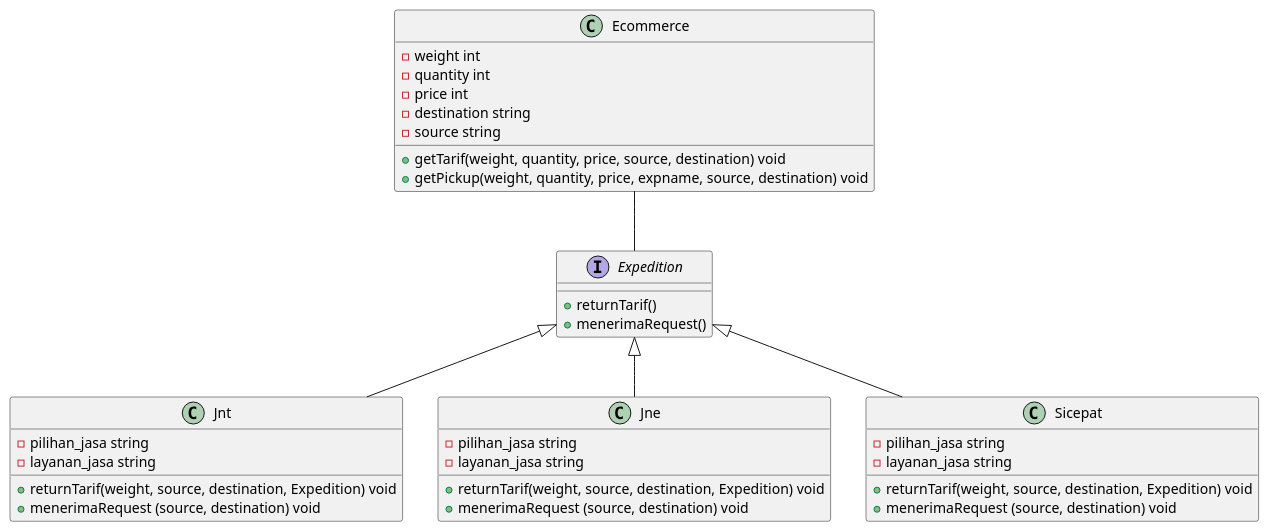
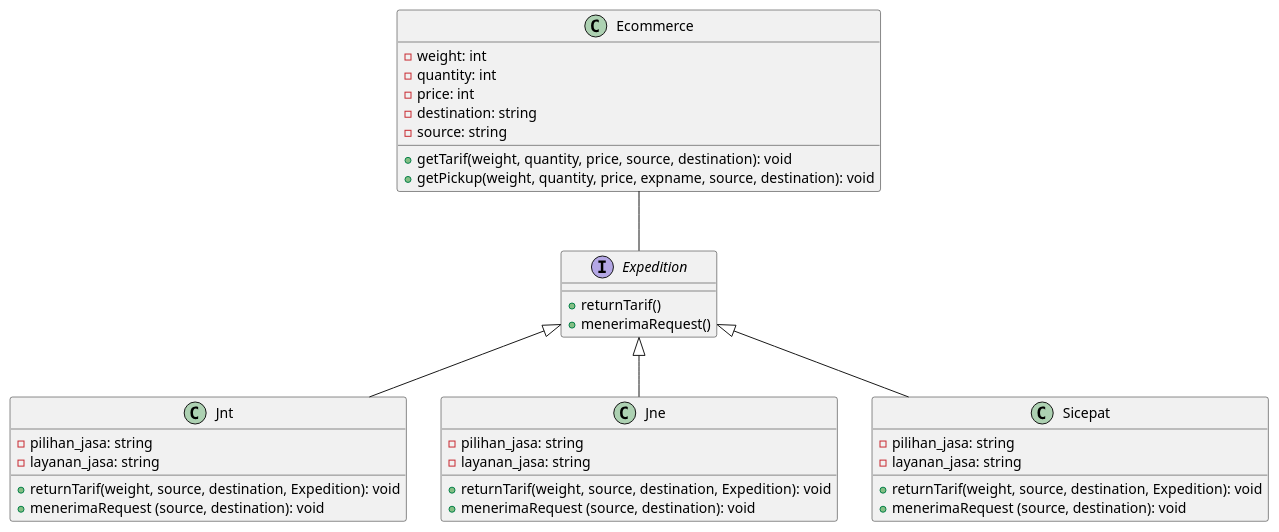
The diagram in Kelompok 3/main.puml (farhanzakiputra/pbpu-a-2022), drawn with PlantUML before and after one commit.

```diff
--- a/Kelompok 3/main.puml
+++ b/Kelompok 3/main.puml
@@ -1,46 +1,46 @@
 @startuml Main
 
 Ecommerce --  Expedition
 Expedition <|-- Jnt
 Expedition <|-- Jne
 Expedition <|-- Sicepat
 class Ecommerce {
-    - weight int
-    - quantity int
-    - price int
-    - destination string
-    - source string
-    + getTarif(weight, quantity, price, source, destination) void
-    + getPickup(weight, quantity, price, expname, source, destination) void
+    - weight: int
+    - quantity: int
+    - price: int
+    - destination: string
+    - source: string
+    + getTarif(weight, quantity, price, source, destination): void
+    + getPickup(weight, quantity, price, expname, source, destination): void
 }
 
 interface Expedition {
     +returnTarif()
     +menerimaRequest()
 }
 
 class Jne {
-    - pilihan_jasa string
-    - layanan_jasa string
-    + returnTarif(weight, source, destination, Expedition) void
-    + menerimaRequest (source, destination) void
+    - pilihan_jasa: string
+    - layanan_jasa: string
+    + returnTarif(weight, source, destination, Expedition): void
+    + menerimaRequest (source, destination): void
 }
 
 class Jnt {
-    - pilihan_jasa string
-    - layanan_jasa string
-    + returnTarif(weight, source, destination, Expedition) void
-    + menerimaRequest (source, destination) void
+    - pilihan_jasa: string
+    - layanan_jasa: string
+    + returnTarif(weight, source, destination, Expedition): void
+    + menerimaRequest (source, destination): void
 }
 
 class Sicepat {
-    - pilihan_jasa string
-    - layanan_jasa string
-    + returnTarif(weight, source, destination, Expedition) void
-    + menerimaRequest (source, destination) void
+    - pilihan_jasa: string
+    - layanan_jasa: string
+    + returnTarif(weight, source, destination, Expedition): void
+    + menerimaRequest (source, destination): void
 }
 
 
 
 
 @enduml
```
